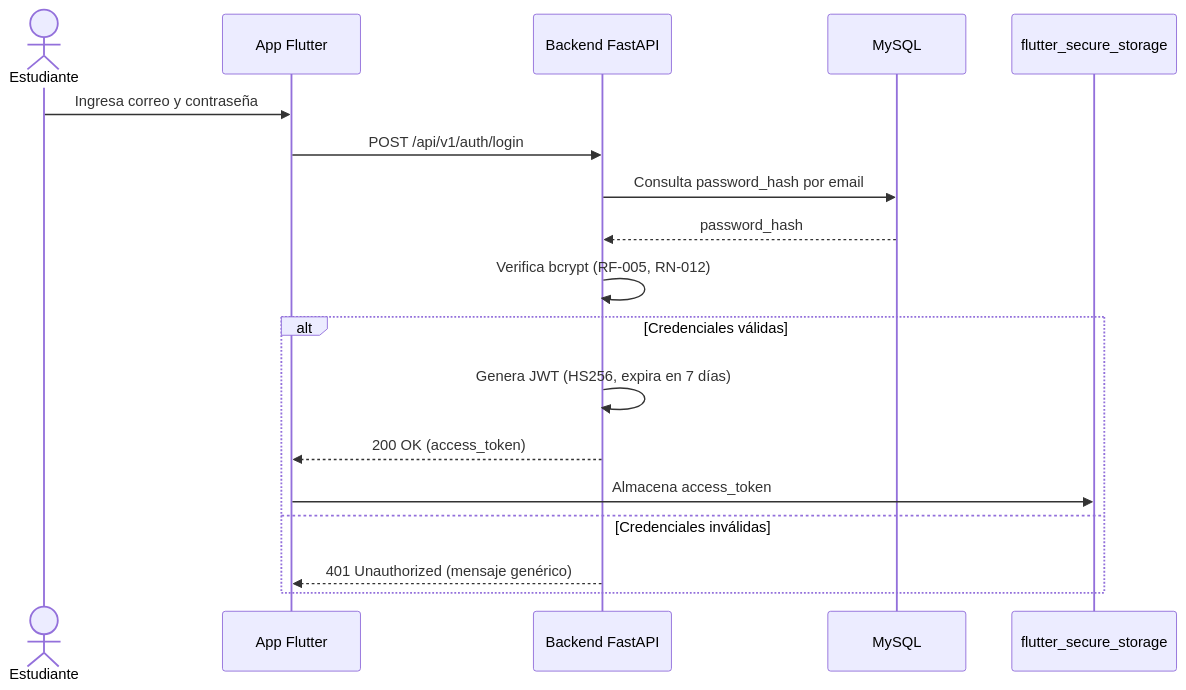
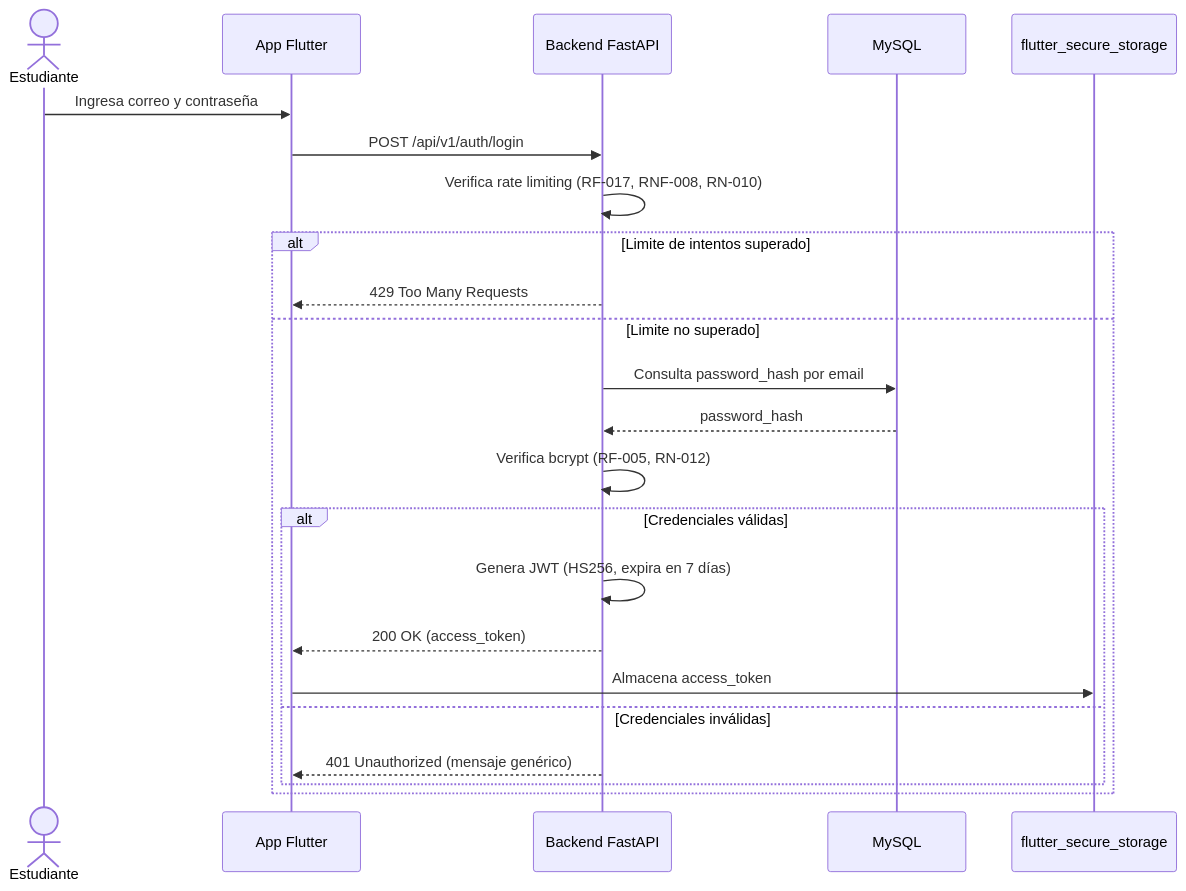
Before and after one commit to KitsuJKM/Stunex: the third of 5 diagrams in docs/03-Diseno/09_Diagramas.md, drawn with Mermaid. The commit also changed other lines of this file, not shown here.

First line of the commit message:
docs: agregar rate limiting a los diagramas de secuencia en 09_Diagramas

````diff
--- a/docs/03-Diseno/09_Diagramas.md
+++ b/docs/03-Diseno/09_Diagramas.md
@@ -86,21 +86,26 @@
 ```mermaid
 sequenceDiagram
     actor U as Estudiante
     participant App as App Flutter
     participant API as Backend FastAPI
     participant DB as MySQL
     participant SS as flutter_secure_storage
 
     U->>App: Ingresa correo y contraseña
     App->>API: POST /api/v1/auth/login
-    API->>DB: Consulta password_hash por email
-    DB-->>API: password_hash
-    API->>API: Verifica bcrypt (RF-005, RN-012)
-    alt Credenciales válidas
-        API->>API: Genera JWT (HS256, expira en 7 días)
-        API-->>App: 200 OK (access_token)
-        App->>SS: Almacena access_token
-    else Credenciales inválidas
-        API-->>App: 401 Unauthorized (mensaje genérico)
+    API->>API: Verifica rate limiting (RF-017, RNF-008, RN-010)
+    alt Limite de intentos superado
+        API-->>App: 429 Too Many Requests
+    else Limite no superado
+        API->>DB: Consulta password_hash por email
+        DB-->>API: password_hash
+        API->>API: Verifica bcrypt (RF-005, RN-012)
+        alt Credenciales válidas
+            API->>API: Genera JWT (HS256, expira en 7 días)
+            API-->>App: 200 OK (access_token)
+            App->>SS: Almacena access_token
+        else Credenciales inválidas
+            API-->>App: 401 Unauthorized (mensaje genérico)
+        end
     end
 ```
````
